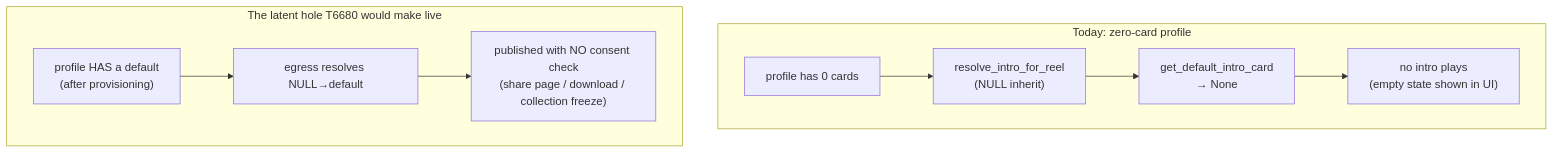
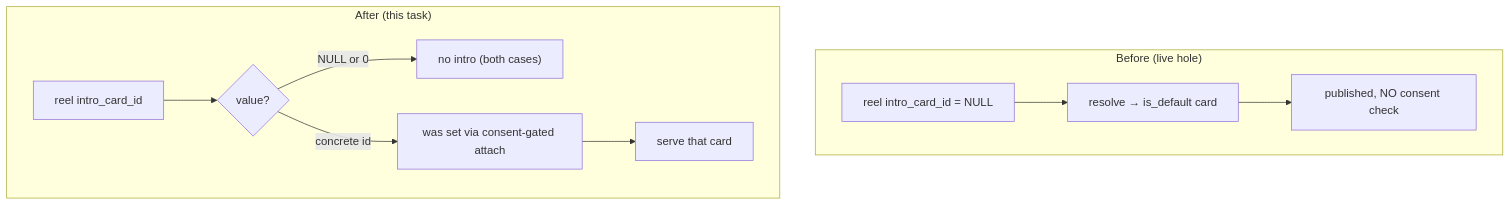
The diagram in docs/plans/tasks/T6680-design.md (imankha/video-editor), drawn with Mermaid before and after one commit. The commit also changed other lines of this file, not shown here.

First line of the commit message:
T6680: revise design doc v2 - remove default/inherit intro card instead of provisioning+gating

````diff
--- a/docs/plans/tasks/T6680-design.md
+++ b/docs/plans/tasks/T6680-design.md
@@ -82,12 +128,13 @@
 ```mermaid
 flowchart TB
-  subgraph today["Today: zero-card profile"]
-    Z["profile has 0 cards"] --> R["resolve_intro_for_reel<br/>(NULL inherit)"]
-    R --> D["get_default_intro_card<br/>→ None"]
-    D --> N["no intro plays<br/>(empty state shown in UI)"]
+  subgraph before["Before (live hole)"]
+    Rn["reel intro_card_id = NULL"] --> Inh["resolve → is_default card"]
+    Inh --> Pub["published, NO consent check"]
   end
-  subgraph hole["The latent hole T6680 would make live"]
-    Z2["profile HAS a default<br/>(after provisioning)"] --> R2["egress resolves NULL→default"]
-    R2 --> X["published with NO consent check<br/>(share page / download / collection freeze)"]
+  subgraph after["After (this task)"]
+    A["reel intro_card_id"] --> Q{"value?"}
+    Q -- "NULL or 0" --> NoI["no intro (both cases)"]
+    Q -- "concrete id" --> Gate["was set via consent-gated attach"]
+    Gate --> Serve["serve that card"]
   end
 ```
````
